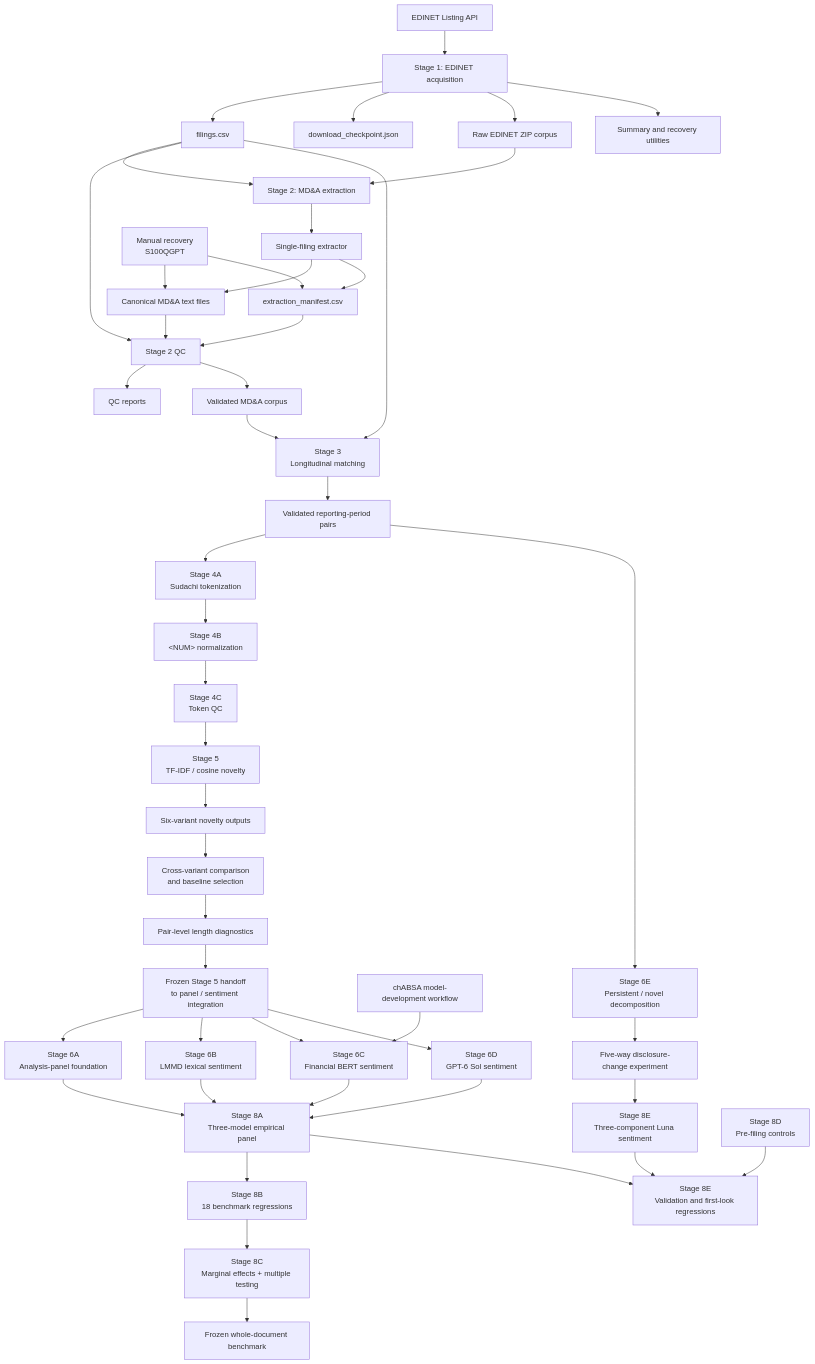
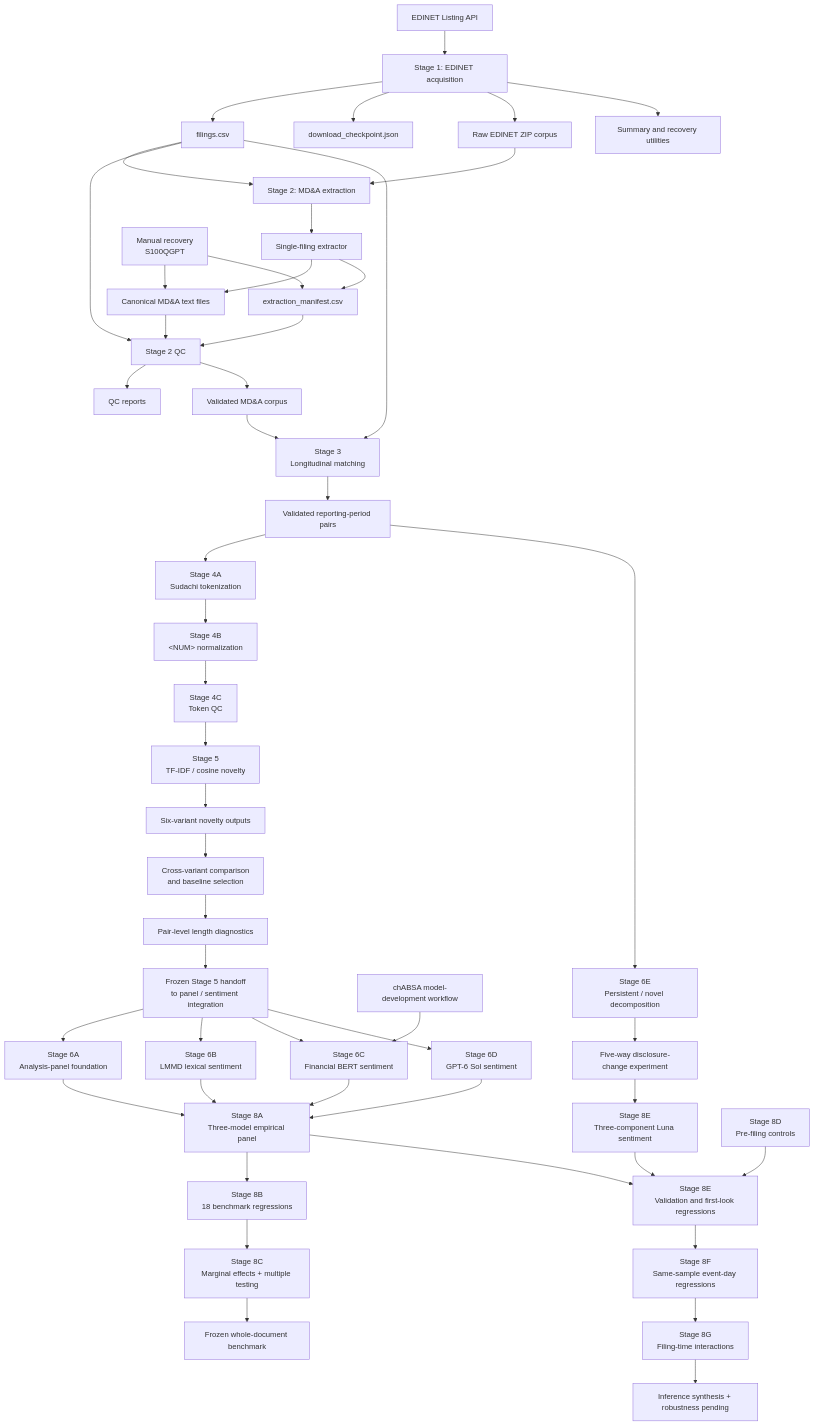
Before and after one commit to markblefevre/phd_research_pipeline: the first of 6 diagrams in docs/paper2/PIPELINE.md, drawn with Mermaid. The commit also changed other lines of this file and 1 other file, not shown here.

````diff
--- a/docs/paper2/PIPELINE.md
+++ b/docs/paper2/PIPELINE.md
@@ -91,57 +101,60 @@
 ``` mermaid
 flowchart TD
 
     A[EDINET Listing API] --> B[Stage 1: EDINET acquisition]
 
     B --> C[filings.csv]
     B --> D[download_checkpoint.json]
     B --> E[Raw EDINET ZIP corpus]
     B --> F[Summary and recovery utilities]
 
     C --> G[Stage 2: MD&A extraction]
     E --> G
 
     G --> H[Single-filing extractor]
     H --> I[Canonical MD&A text files]
     H --> J[extraction_manifest.csv]
 
     I --> K[Stage 2 QC]
     J --> K
     C --> K
 
     K --> L[QC reports]
     K --> M[Validated MD&A corpus]
 
     N[Manual recovery<br/>S100QGPT] --> I
     N --> J
 
     M --> O[Stage 3<br/>Longitudinal matching]
     C --> O
     O --> P[Validated reporting-period pairs]
     P --> Q[Stage 4A<br/>Sudachi tokenization]
     Q --> R[Stage 4B<br/>&lt;NUM&gt; normalization]
     R --> S[Stage 4C<br/>Token QC]
     S --> T[Stage 5<br/>TF-IDF / cosine novelty]
     T --> U[Six-variant novelty outputs]
     U --> V[Cross-variant comparison<br/>and baseline selection]
     V --> W[Pair-level length diagnostics]
     W --> X[Frozen Stage 5 handoff<br/>to panel / sentiment integration]
     X --> Y[Stage 6A<br/>Analysis-panel foundation]
     X --> Z[Stage 6B<br/>LMMD lexical sentiment]
     X --> AA[Stage 6C<br/>Financial BERT sentiment]
     AB[chABSA model-development workflow] --> AA
     X --> AD[Stage 6D<br/>GPT-6 Sol sentiment]
     Y --> AE[Stage 8A<br/>Three-model empirical panel]
     Z --> AE
     AA --> AE
     AD --> AE
     AE --> AF[Stage 8B<br/>18 benchmark regressions]
     AF --> AG[Stage 8C<br/>Marginal effects + multiple testing]
     AG --> AH[Frozen whole-document benchmark]
     P --> AI[Stage 6E<br/>Persistent / novel decomposition]
     AI --> AJ[Five-way disclosure-change experiment]
     AJ --> AK[Stage 8E<br/>Three-component Luna sentiment]
     AK --> AL[Stage 8E<br/>Validation and first-look regressions]
     AM[Stage 8D<br/>Pre-filing controls] --> AL
     AE --> AL
+    AL --> AN[Stage 8F<br/>Same-sample event-day regressions]
+    AN --> AO[Stage 8G<br/>Filing-time interactions]
+    AO --> AP[Inference synthesis + robustness pending]
 ```
````
